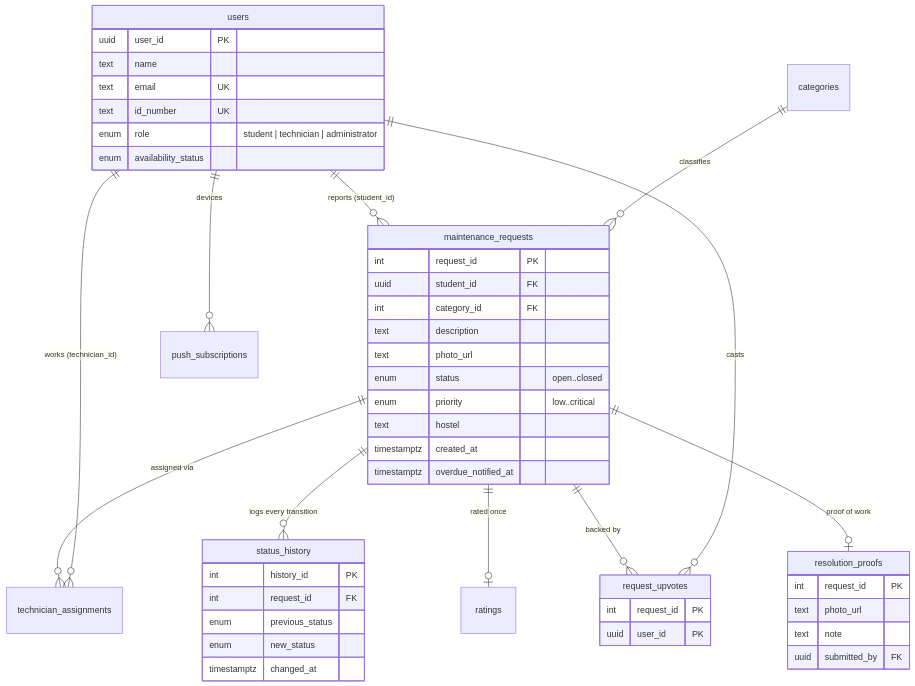
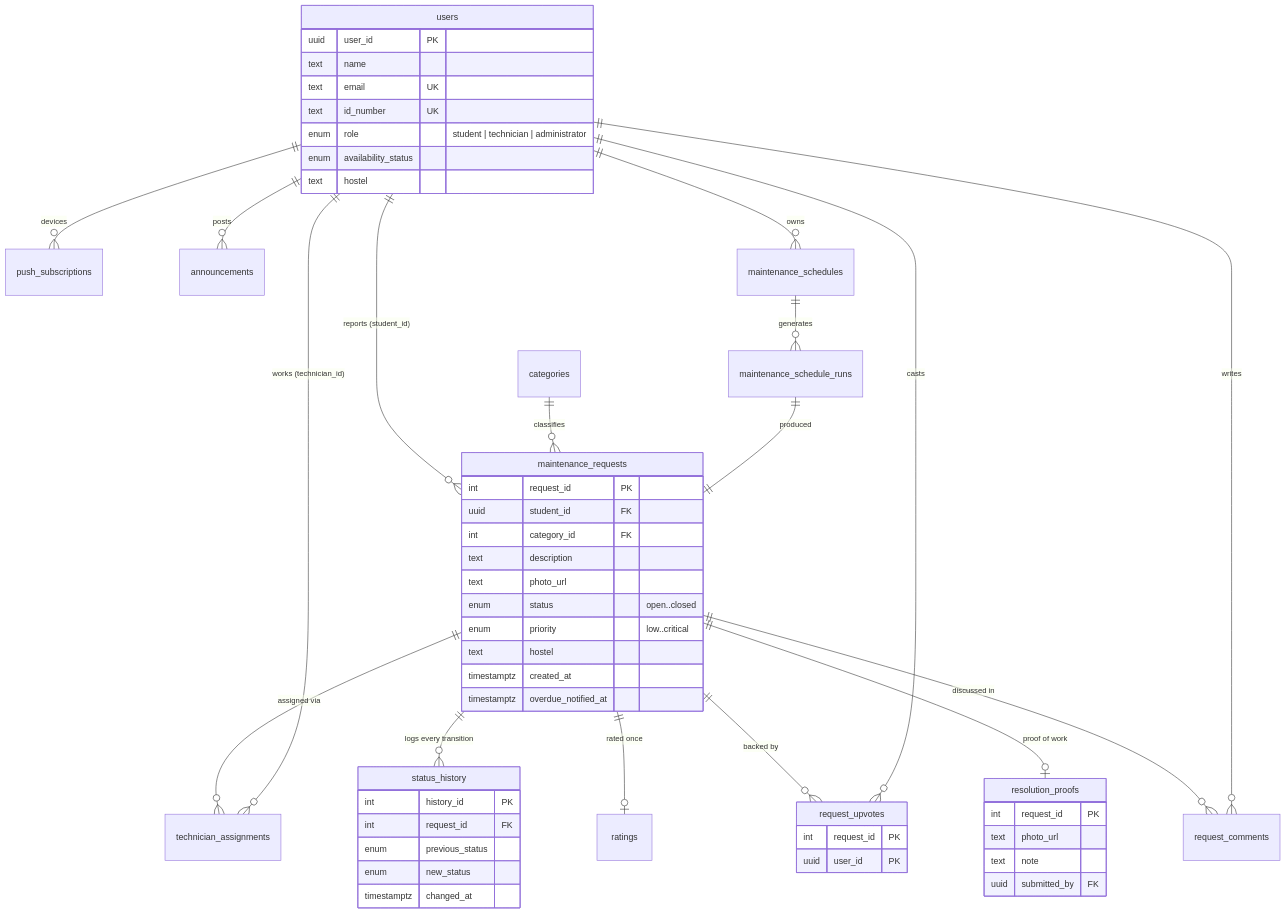
Before and after one commit to Check77tp/FINAL_YEAR_PROJECT_SAMSON: the second of 4 diagrams in docs/ARCHITECTURE.md, drawn with Mermaid. The commit also changed other lines of this file and 20 other files, not shown here.

First line of the commit message:
Docs: cover announcements, comments, recurring issues, performance, preventive maintenance

````diff
--- a/docs/ARCHITECTURE.md
+++ b/docs/ARCHITECTURE.md
@@ -119,51 +120,58 @@
 ```mermaid
 erDiagram
   users ||--o{ maintenance_requests : "reports (student_id)"
   categories ||--o{ maintenance_requests : classifies
   maintenance_requests ||--o{ technician_assignments : "assigned via"
   users ||--o{ technician_assignments : "works (technician_id)"
   maintenance_requests ||--o{ status_history : "logs every transition"
   maintenance_requests ||--o| ratings : "rated once"
   maintenance_requests ||--o{ request_upvotes : "backed by"
   users ||--o{ request_upvotes : casts
   maintenance_requests ||--o| resolution_proofs : "proof of work"
   users ||--o{ push_subscriptions : "devices"
+  maintenance_requests ||--o{ request_comments : "discussed in"
+  users ||--o{ request_comments : writes
+  users ||--o{ announcements : posts
+  users ||--o{ maintenance_schedules : owns
+  maintenance_schedules ||--o{ maintenance_schedule_runs : generates
+  maintenance_schedule_runs ||--|| maintenance_requests : "produced"
 
   users {
     uuid user_id PK
     text name
     text email UK
     text id_number UK
     enum role "student | technician | administrator"
     enum availability_status
+    text hostel
   }
   maintenance_requests {
     int request_id PK
     uuid student_id FK
     int category_id FK
     text description
     text photo_url
     enum status "open..closed"
     enum priority "low..critical"
     text hostel
     timestamptz created_at
     timestamptz overdue_notified_at
   }
   status_history {
     int history_id PK
     int request_id FK
     enum previous_status
     enum new_status
     timestamptz changed_at
   }
   request_upvotes {
     int request_id PK
     uuid user_id PK
   }
   resolution_proofs {
     int request_id PK
     text photo_url
     text note
     uuid submitted_by FK
   }
 ```
````
